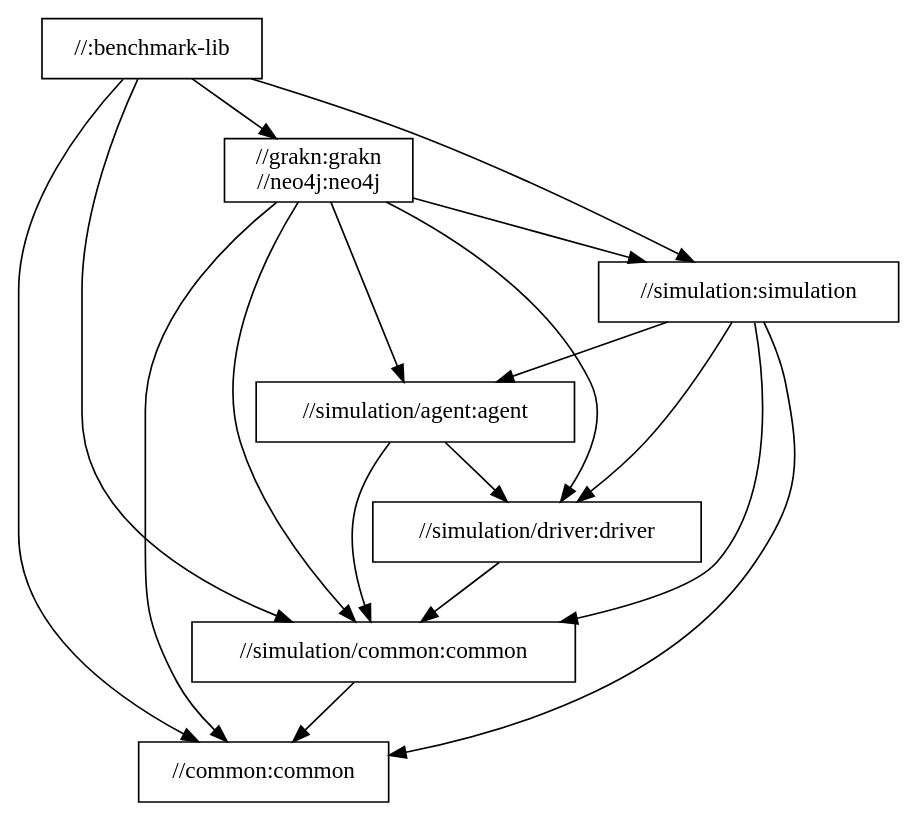
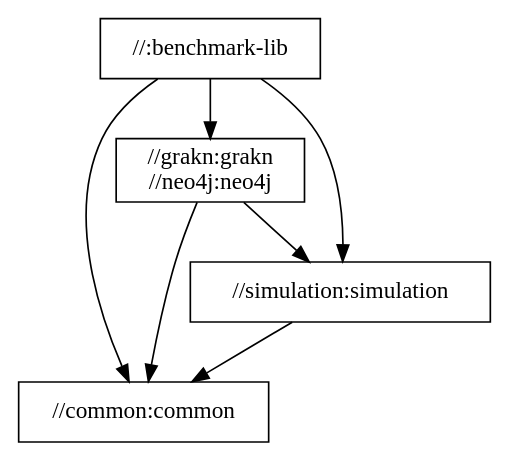
One commit to typedb/typedb-benchmark changed the diagram in docs/package-structure.dot. Above: the diagram before and after it, drawn with Graphviz. The commit also changed 125 other files, not shown here.

Commit message:
Architecture got trimmed the fuck down

```diff
--- a/docs/package-structure.dot
+++ b/docs/package-structure.dot
@@ -1,27 +1,13 @@
 digraph mygraph {
   node [shape=box];
   "//:benchmark-lib"
   "//:benchmark-lib" -> "//common:common"
   "//:benchmark-lib" -> "//grakn:grakn\n//neo4j:neo4j"
   "//:benchmark-lib" -> "//simulation:simulation"
-  "//:benchmark-lib" -> "//simulation/common:common"
   "//grakn:grakn\n//neo4j:neo4j"
   "//grakn:grakn\n//neo4j:neo4j" -> "//common:common"
   "//grakn:grakn\n//neo4j:neo4j" -> "//simulation:simulation"
-  "//grakn:grakn\n//neo4j:neo4j" -> "//simulation/agent:agent"
-  "//grakn:grakn\n//neo4j:neo4j" -> "//simulation/common:common"
-  "//grakn:grakn\n//neo4j:neo4j" -> "//simulation/driver:driver"
   "//simulation:simulation"
   "//simulation:simulation" -> "//common:common"
-  "//simulation:simulation" -> "//simulation/agent:agent"
-  "//simulation:simulation" -> "//simulation/common:common"
-  "//simulation:simulation" -> "//simulation/driver:driver"
-  "//simulation/agent:agent"
-  "//simulation/agent:agent" -> "//simulation/common:common"
-  "//simulation/agent:agent" -> "//simulation/driver:driver"
-  "//simulation/driver:driver"
-  "//simulation/driver:driver" -> "//simulation/common:common"
-  "//simulation/common:common"
-  "//simulation/common:common" -> "//common:common"
   "//common:common"
 }
```
